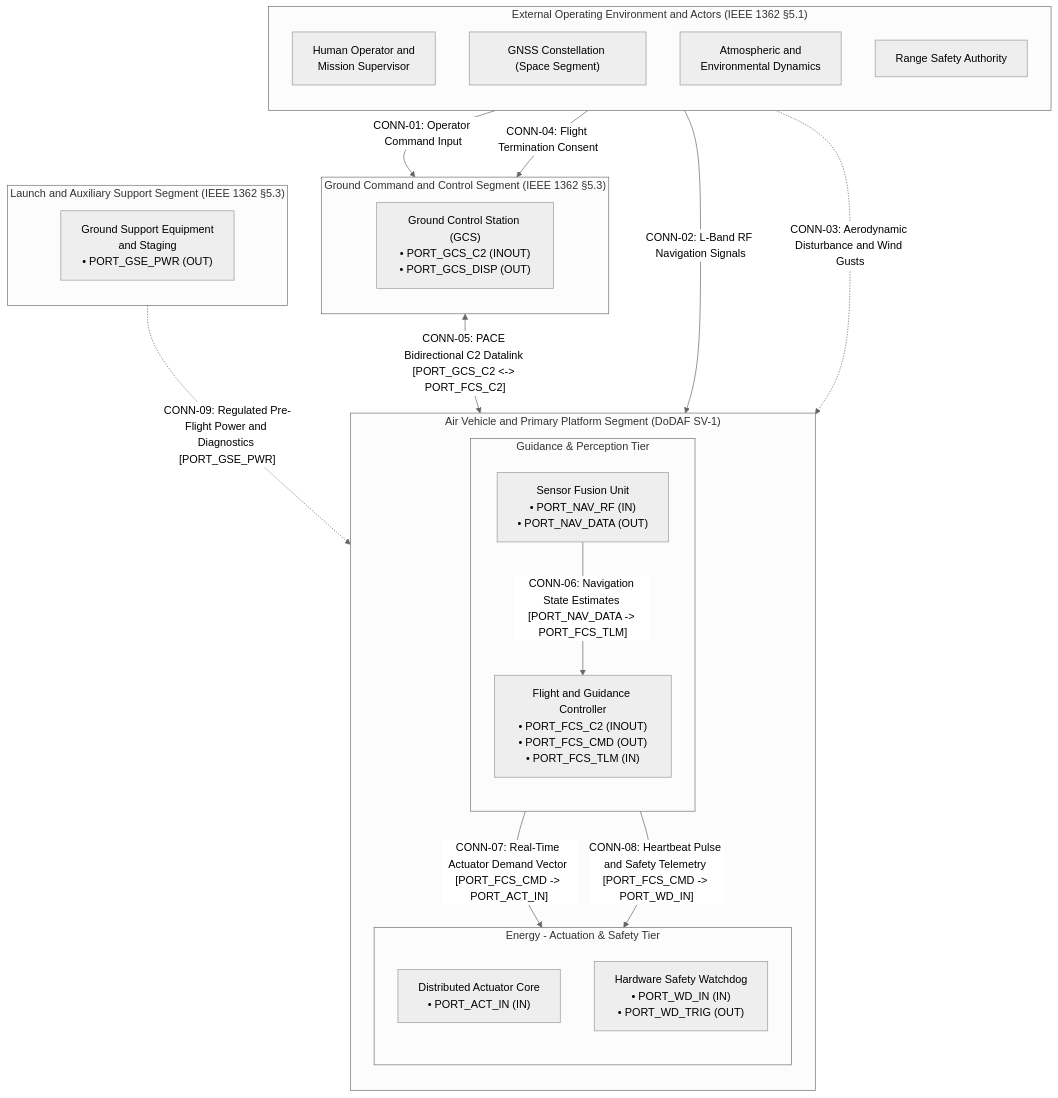
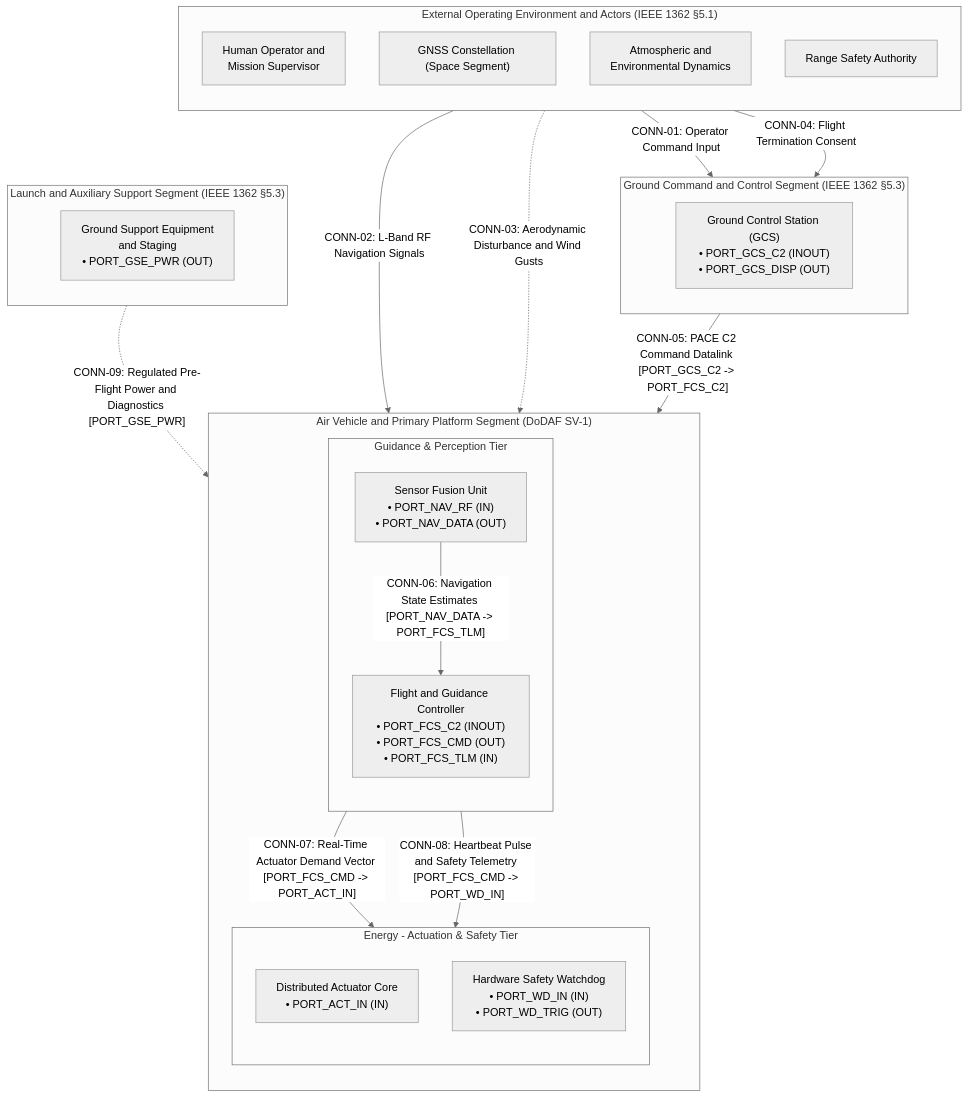
One commit to gintatkinson/DEAP01-spec-core changed the first of 4 diagrams in skills/spec-conops-engineering/SKILL.md. Above: the diagram before and after it, drawn with Mermaid (neutral theme). The commit also changed other lines of this file and 2 other files, not shown here.

````diff
--- a/skills/spec-conops-engineering/SKILL.md
+++ b/skills/spec-conops-engineering/SKILL.md
@@ -268,48 +268,53 @@
 ```mermaid
 flowchart TD
     subgraph External_Actors["External Operating Environment and Actors (IEEE 1362 §5.1)"]
         direction TB
         Operator["Human Operator and<br/>Mission Supervisor"]
         GNSS_Space["GNSS Constellation (Space Segment)"]
         Environment["Atmospheric and<br/>Environmental Dynamics"]
         RangeSafety["Range Safety Authority"]
     end
 
     subgraph Ground_Segment["Ground Command and Control Segment (IEEE 1362 §5.3)"]
         direction TB
         GCS["Ground Control Station (GCS)<br/>• PORT_GCS_C2 (INOUT)<br/>• PORT_GCS_DISP (OUT)"]
     end
 
     subgraph Platform_Segment["Air Vehicle and Primary Platform Segment (DoDAF SV-1)"]
         direction TB
         subgraph Tier1_Processing["Guidance & Perception Tier"]
             direction TB
             FCS["Flight and Guidance Controller<br/>• PORT_FCS_C2 (INOUT)<br/>• PORT_FCS_CMD (OUT)<br/>• PORT_FCS_TLM (IN)"]
             NavSensors["Sensor Fusion Unit<br/>• PORT_NAV_RF (IN)<br/>• PORT_NAV_DATA (OUT)"]
         end
 
         subgraph Tier2_Actuation["Energy - Actuation & Safety Tier"]
             direction TB
             Actuators["Distributed Actuator Core<br/>• PORT_ACT_IN (IN)"]
             Watchdog["Hardware Safety Watchdog<br/>• PORT_WD_IN (IN)<br/>• PORT_WD_TRIG (OUT)"]
         end
+
+        Tier1_Processing ~~~ Tier2_Actuation
     end
 
     subgraph Support_Segment["Launch and Auxiliary Support Segment (IEEE 1362 §5.3)"]
         direction TB
         GSE["Ground Support Equipment<br/>and Staging<br/>• PORT_GSE_PWR (OUT)"]
     end
+
+    Ground_Segment ~~~ Platform_Segment
+    Platform_Segment ~~~ Support_Segment
 
     %% External Interface Connections
     Operator -->|"CONN-01: Operator Command Input"| GCS
     GNSS_Space -->|"CONN-02: L-Band RF Navigation Signals"| NavSensors
     Environment -.->|"CONN-03: Aerodynamic Disturbance and Wind Gusts"| Actuators
     RangeSafety -->|"CONN-04: Flight Termination Consent"| GCS
 
     %% Segment Inter-Connects (Item Flows)
-    GCS <-->|"CONN-05: PACE Bidirectional C2 Datalink [PORT_GCS_C2 <-> PORT_FCS_C2]"| FCS
+    GCS -->|"CONN-05: PACE C2 Command Datalink [PORT_GCS_C2 -> PORT_FCS_C2]"| FCS
     NavSensors -->|"CONN-06: Navigation State Estimates [PORT_NAV_DATA -> PORT_FCS_TLM]"| FCS
     FCS -->|"CONN-07: Real-Time Actuator Demand Vector [PORT_FCS_CMD -> PORT_ACT_IN]"| Actuators
     FCS -->|"CONN-08: Heartbeat Pulse and Safety Telemetry [PORT_FCS_CMD -> PORT_WD_IN]"| Watchdog
     GSE -.->|"CONN-09: Regulated Pre-Flight Power and Diagnostics [PORT_GSE_PWR]"| Platform_Segment
 ```
````
